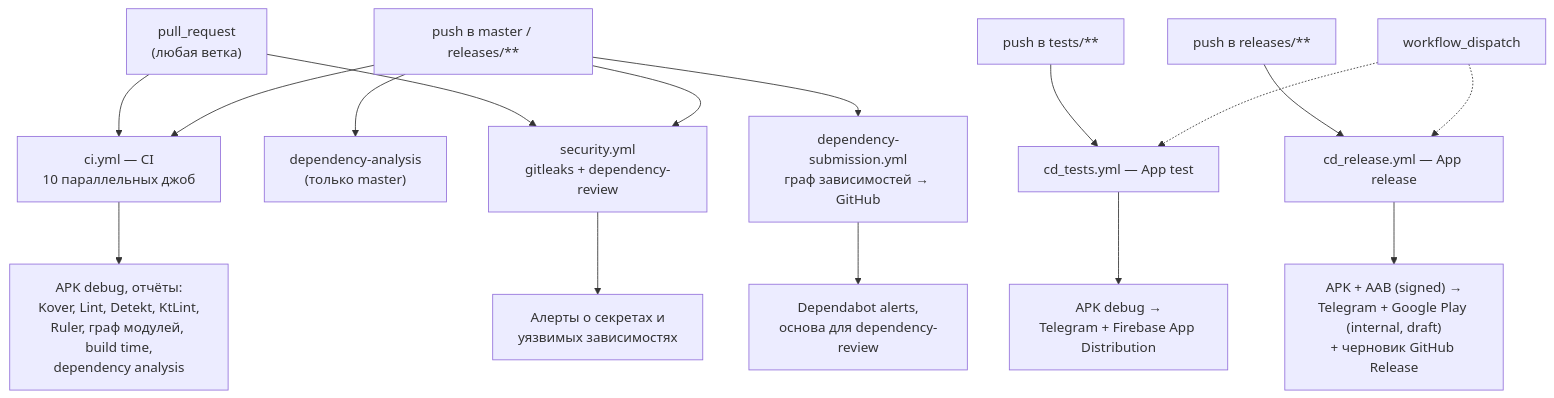
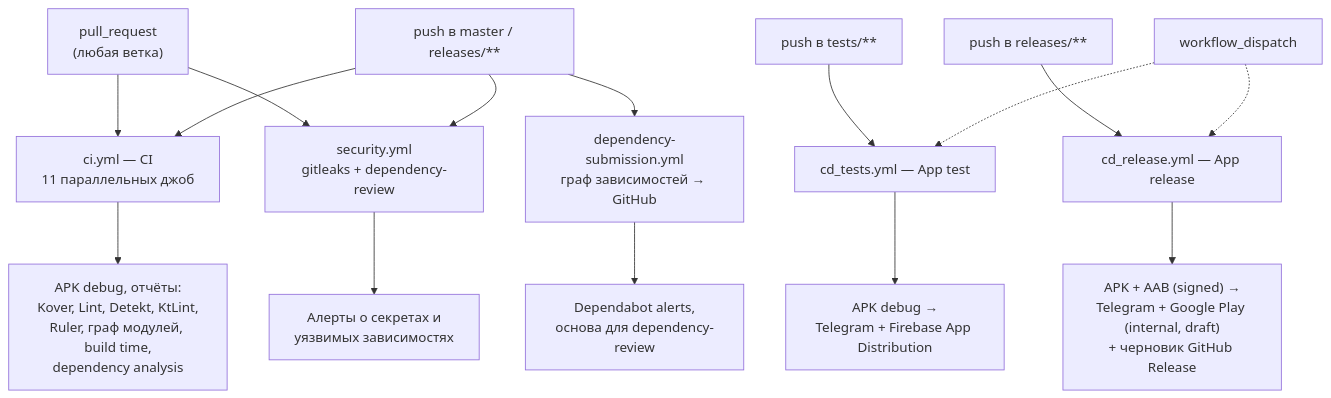
One commit to IliaVoskoboinikov/Finance-Manager changed the first of 3 diagrams in docs/ci-cd.md. Above: the diagram before and after it, drawn with Mermaid. The commit also changed other lines of this file and 1 other file, not shown here.

````diff
--- a/docs/ci-cd.md
+++ b/docs/ci-cd.md
@@ -14,19 +14,18 @@
 ```mermaid
 flowchart TD
-    pr["pull_request<br/>(любая ветка)"] --> ci["ci.yml — CI<br/>10 параллельных джоб"]
-    pushM --> da["dependency-analysis<br/>(только master)"]
+    pr["pull_request<br/>(любая ветка)"] --> ci["ci.yml — CI<br/>11 параллельных джоб"]
     pushM["push в master / releases/**"] --> ci
     pr --> sec["security.yml<br/>gitleaks + dependency-review"]
     pushM --> sec
     pushM --> dep["dependency-submission.yml<br/>граф зависимостей → GitHub"]
     pushT["push в tests/**"] --> cdt["cd_tests.yml — App test"]
     pushR["push в releases/**"] --> cdr["cd_release.yml — App release"]
     wd["workflow_dispatch"] -.-> cdt
     wd -.-> cdr
 
     ci --> art1["APK debug, отчёты:<br/>Kover, Lint, Detekt, KtLint,<br/>Ruler, граф модулей, build time,<br/>dependency analysis"]
     sec --> art4["Алерты о секретах и<br/>уязвимых зависимостях"]
     dep --> art5["Dependabot alerts,<br/>основа для dependency-review"]
     cdt --> art2["APK debug →<br/>Telegram + Firebase App Distribution"]
     cdr --> art3["APK + AAB (signed) →<br/>Telegram + Google Play (internal, draft)<br/>+ черновик GitHub Release"]
 ```
````
